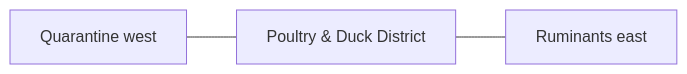
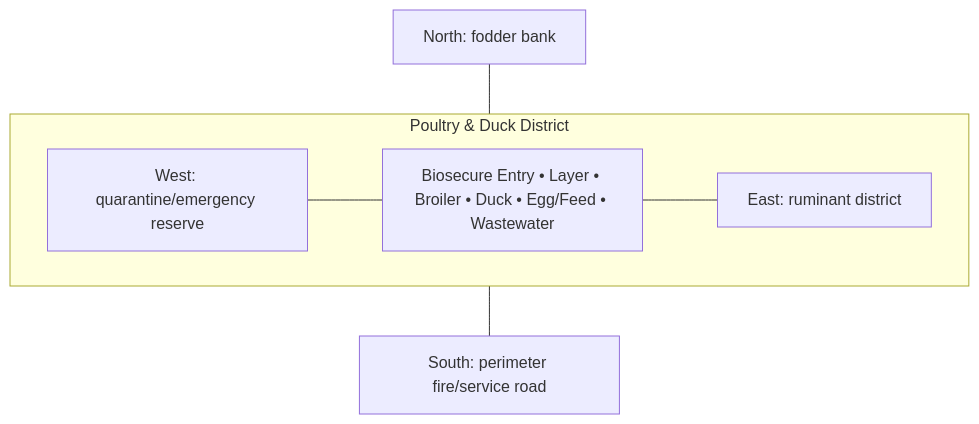
Before and after one commit to agro-firm/Self-Sufficient-Eco-Farm: the diagram in spaces/10-poultry-duck/ARCHITECTURE.md, drawn with Mermaid. The commit also changed other lines of this file and 31 other files, not shown here.

Commit message:
Add full per-space architecture and blueprint authorities

````diff
--- a/spaces/10-poultry-duck/ARCHITECTURE.md
+++ b/spaces/10-poultry-duck/ARCHITECTURE.md
@@ -37,7 +52,14 @@
 ```mermaid
-flowchart LR
-    A["Quarantine west"]
-    S["Poultry & Duck District"]
-    B["Ruminants east"]
-    A --- S --- B
+flowchart TB
+    N["North: fodder bank"]
+    subgraph ROW["Poultry & Duck District"]
+      direction LR
+      W["West: quarantine/emergency reserve"]
+      C["Biosecure Entry • Layer • Broiler • Duck • Egg/Feed • Wastewater"]
+      E["East: ruminant district"]
+      W --- C --- E
+    end
+    S["South: perimeter fire/service road"]
+    N --- C
+    C --- S
 ```
````
